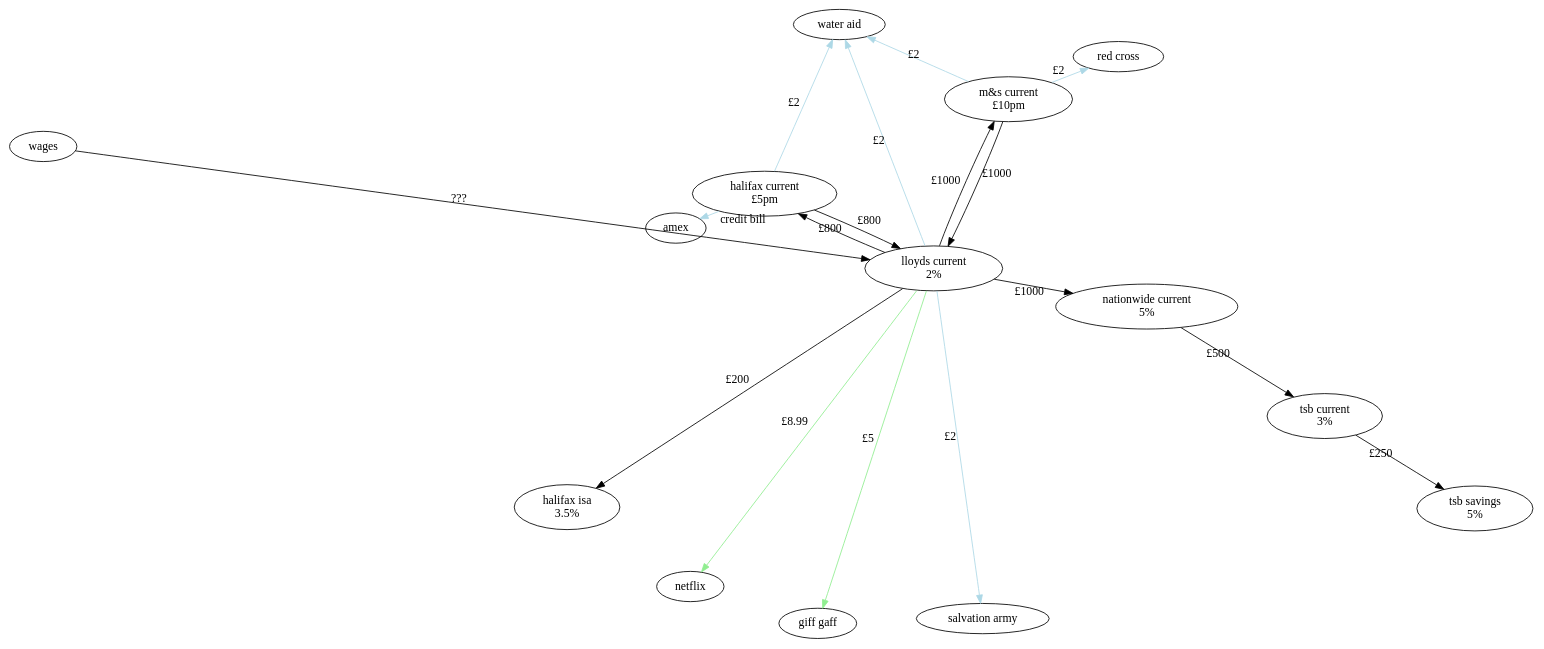
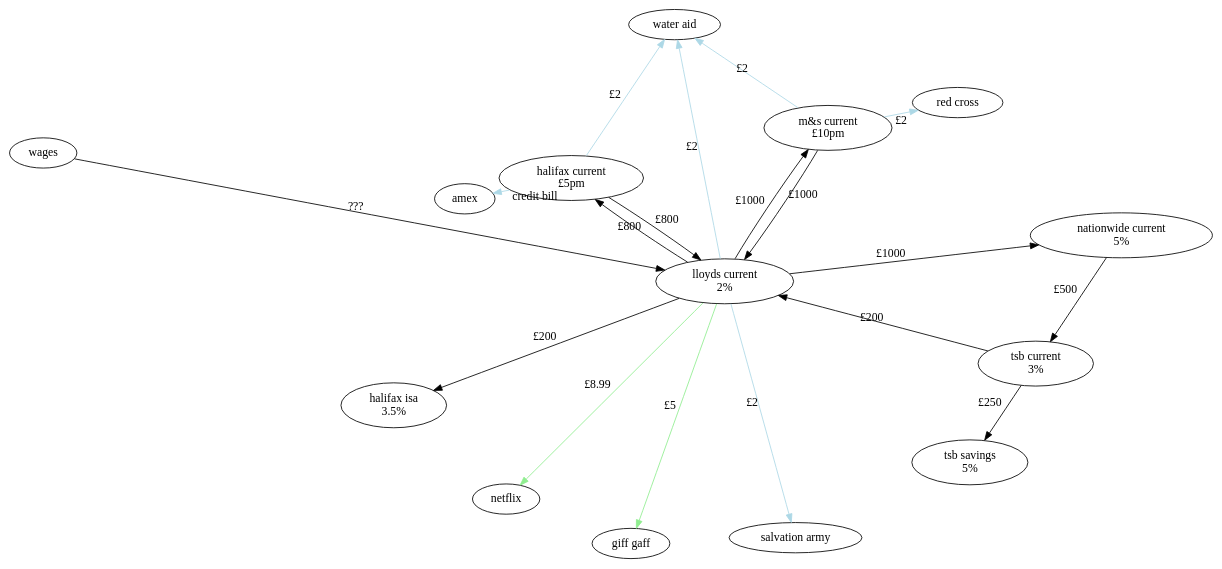
Before and after one commit to jsdelivrbot/bank-flow: the diagram in diagram.dot, drawn with Graphviz. The commit also changed 1 other file, not shown here.

Commit message:
add tsb to lloyds

```diff
--- a/diagram.dot
+++ b/diagram.dot
@@ -1,36 +1,37 @@
 digraph "bank-flow" {
   layout = circo
 
   wages [width="1"];
   lloydsCurrent [label="lloyds current\n2%"];
   tsbCurrent [label="tsb current\n3%"];
   tsbSavings [label="tsb savings\n5%"];
   halifaxCurrent [label="halifax current\n£5pm"];
   halifaxIsa [label="halifax isa\n3.5%"];
   netflix;
   giffGaff [label="giff gaff"];
   mAndS [label="m&s current\n£10pm"];
   salvationArmy [label="salvation army"];
   waterAid [label="water aid"];
   amex;
   redCross [label="red cross"];
   nationwideCurrent [label="nationwide current\n5%"];
 
   mAndS -> waterAid [color="lightblue", label="£2"];
   mAndS -> redCross [color="lightblue", label="£2"];
   wages -> lloydsCurrent [label="???"];
   lloydsCurrent -> netflix [color="lightgreen", label="£8.99"];
   lloydsCurrent -> giffGaff [color="lightgreen", label="£5"];
   lloydsCurrent -> salvationArmy [color="lightblue", label="£2"];
   lloydsCurrent -> waterAid [color="lightblue", label="£2"];
   lloydsCurrent -> halifaxCurrent [label="£800"];
   lloydsCurrent -> nationwideCurrent [label="£1000"];
   lloydsCurrent -> mAndS [label="£1000"];
   mAndS -> lloydsCurrent [label="£1000"];
   nationwideCurrent -> tsbCurrent [label="£500"];
   halifaxCurrent -> lloydsCurrent [label="£800"];
   lloydsCurrent -> halifaxIsa [label="£200"];
   tsbCurrent -> tsbSavings [label="£250"];
+  tsbCurrent -> lloydsCurrent [label="£200"];
   halifaxCurrent -> waterAid [color="lightblue", label="£2"];
   halifaxCurrent -> amex [color="lightblue", label="credit bill"];
 }
```
